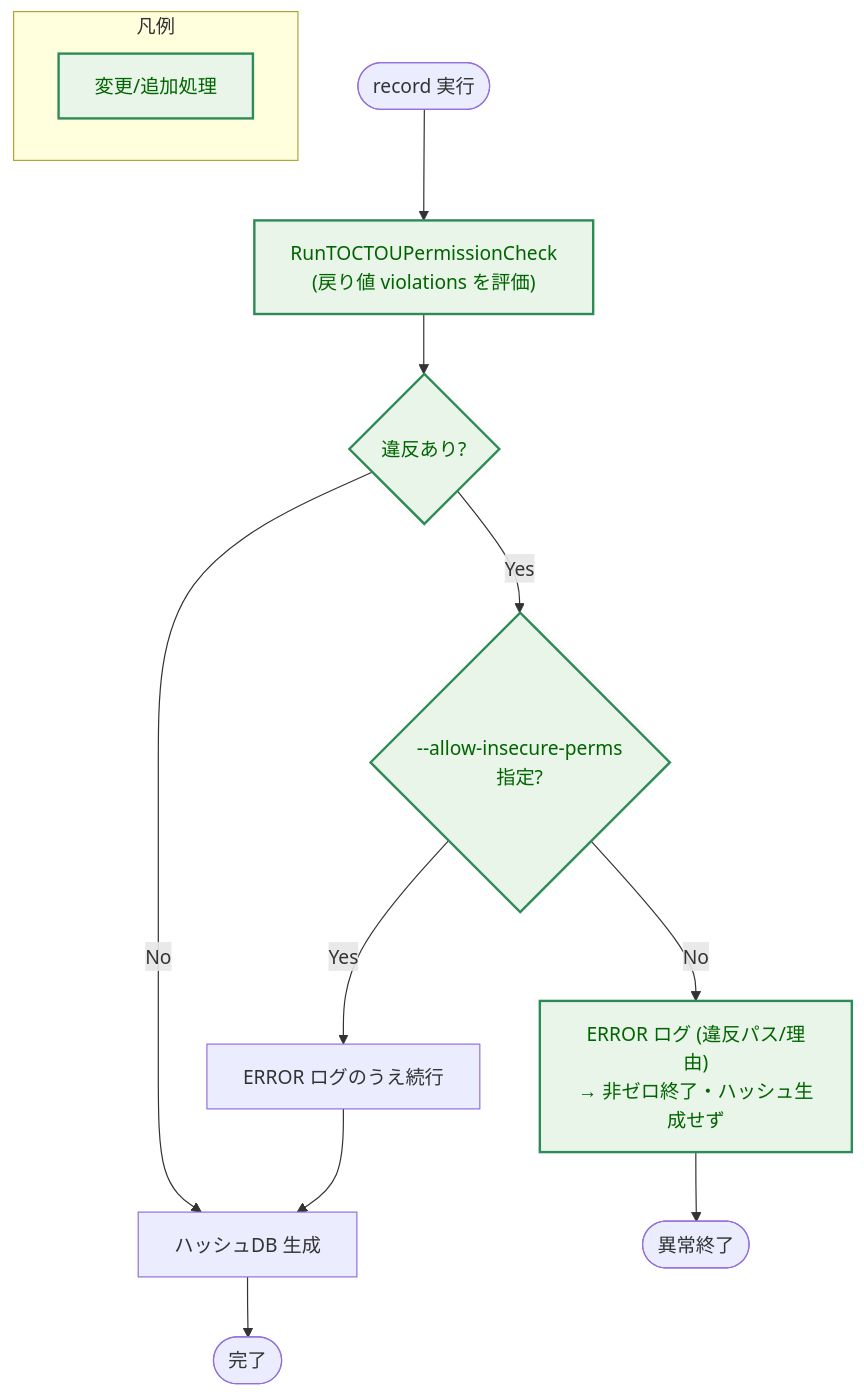
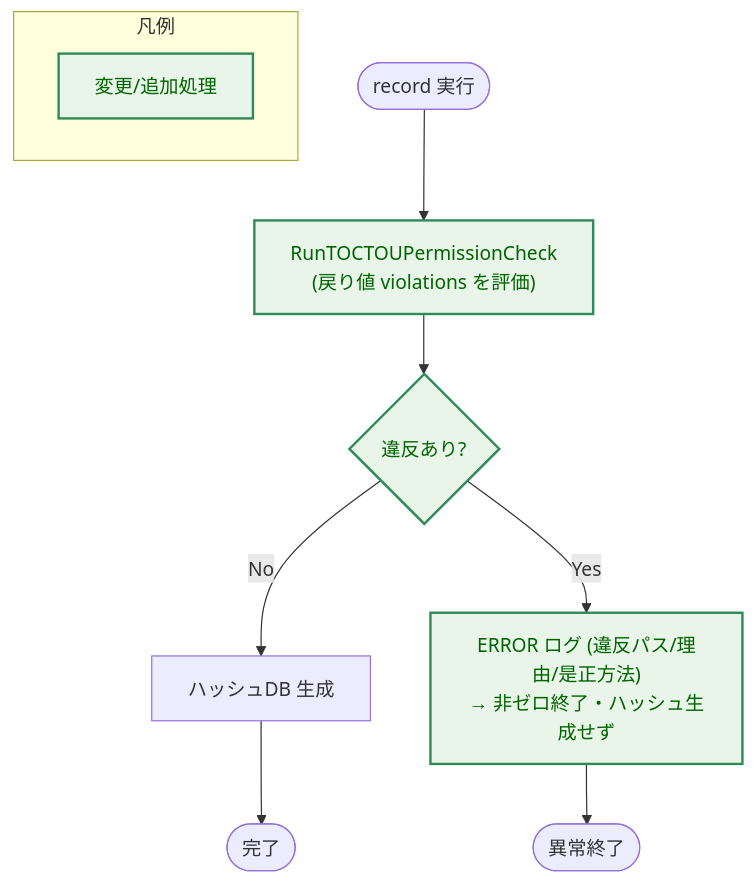
Before and after one commit to isseis/go-safe-cmd-runner: the fifth of 8 diagrams in docs/tasks/0146_security_hardning/02_architecture.md, drawn with Mermaid. The commit also changed other lines of this file and 1 other file, not shown here.

First line of the commit message:
docs: drop record permission-bypass flag; fail-closed unconditionally (task 0146)

````diff
--- a/docs/tasks/0146_security_hardning/02_architecture.md
+++ b/docs/tasks/0146_security_hardning/02_architecture.md
@@ -497,20 +507,17 @@
 ```mermaid
 flowchart TD
     classDef enhanced fill:#e8f5e8,stroke:#2e8b57,stroke-width:2px,color:#006400;
 
     Start(["record 実行"]) --> Chk["RunTOCTOUPermissionCheck<br>(戻り値 violations を評価)"]
     Chk --> Has{"違反あり?"}
     Has -->|"No"| Gen["ハッシュDB 生成"]
-    Has -->|"Yes"| Force{"--allow-insecure-perms<br>指定?"}
-    Force -->|"No"| Fail["ERROR ログ (違反パス/理由)<br>→ 非ゼロ終了・ハッシュ生成せず"]
-    Force -->|"Yes"| Warn["ERROR ログのうえ続行"]
-    Warn --> Gen
+    Has -->|"Yes"| Fail["ERROR ログ (違反パス/理由/是正方法)<br>→ 非ゼロ終了・ハッシュ生成せず"]
     Gen --> End(["完了"])
     Fail --> EndF(["異常終了"])
 
-    class Chk,Has,Force,Fail enhanced
+    class Chk,Has,Fail enhanced
 
     subgraph Legend["凡例"]
         LE["変更/追加処理"]:::enhanced
     end
 ```
````
